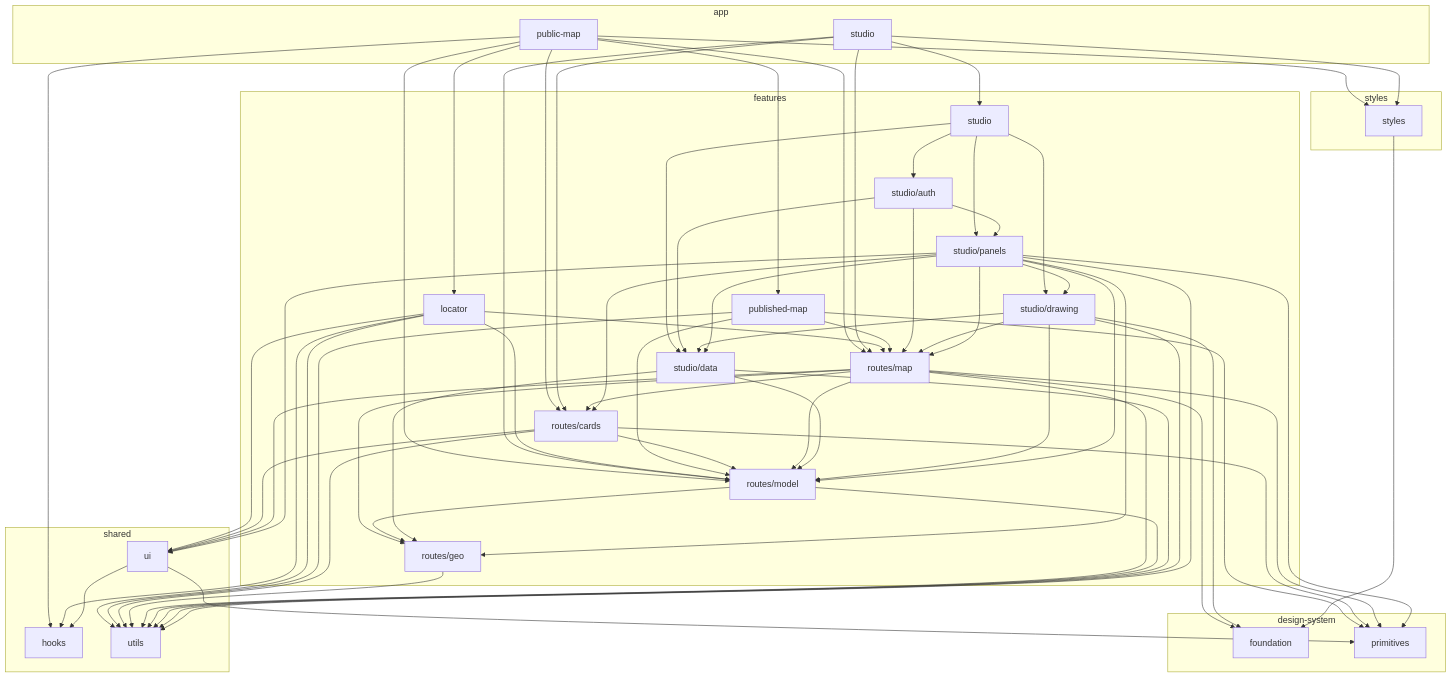
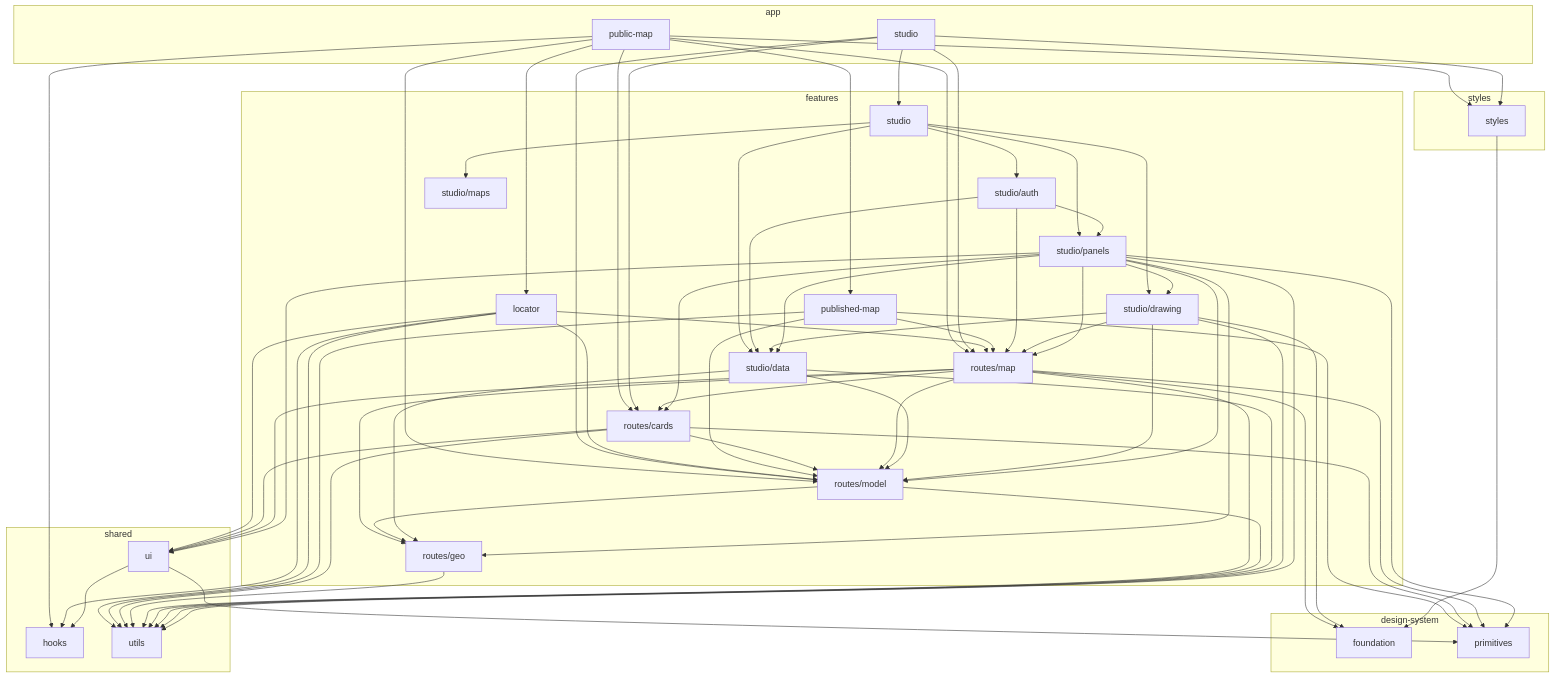
Before and after one commit to ParaOrg/Para: the diagram in docs/architecture.md, drawn with Mermaid. The commit also changed other lines of this file and 10 other files, not shown here.

First line of the commit message:
Studio: a switch between the Contributors, Playground and Public maps

```diff
--- a/docs/architecture.md
+++ b/docs/architecture.md
@@ -33,6 +33,7 @@
     features_studio_auth["studio/auth"]
     features_studio_data["studio/data"]
     features_studio_drawing["studio/drawing"]
+    features_studio_maps["studio/maps"]
     features_studio_panels["studio/panels"]
   end
   subgraph shared_layer["shared"]
@@ -85,6 +86,7 @@
   features_studio --> features_studio_auth
   features_studio --> features_studio_data
   features_studio --> features_studio_drawing
+  features_studio --> features_studio_maps
   features_studio --> features_studio_panels
   features_studio_auth --> features_routes_map
   features_studio_auth --> features_studio_data
```
